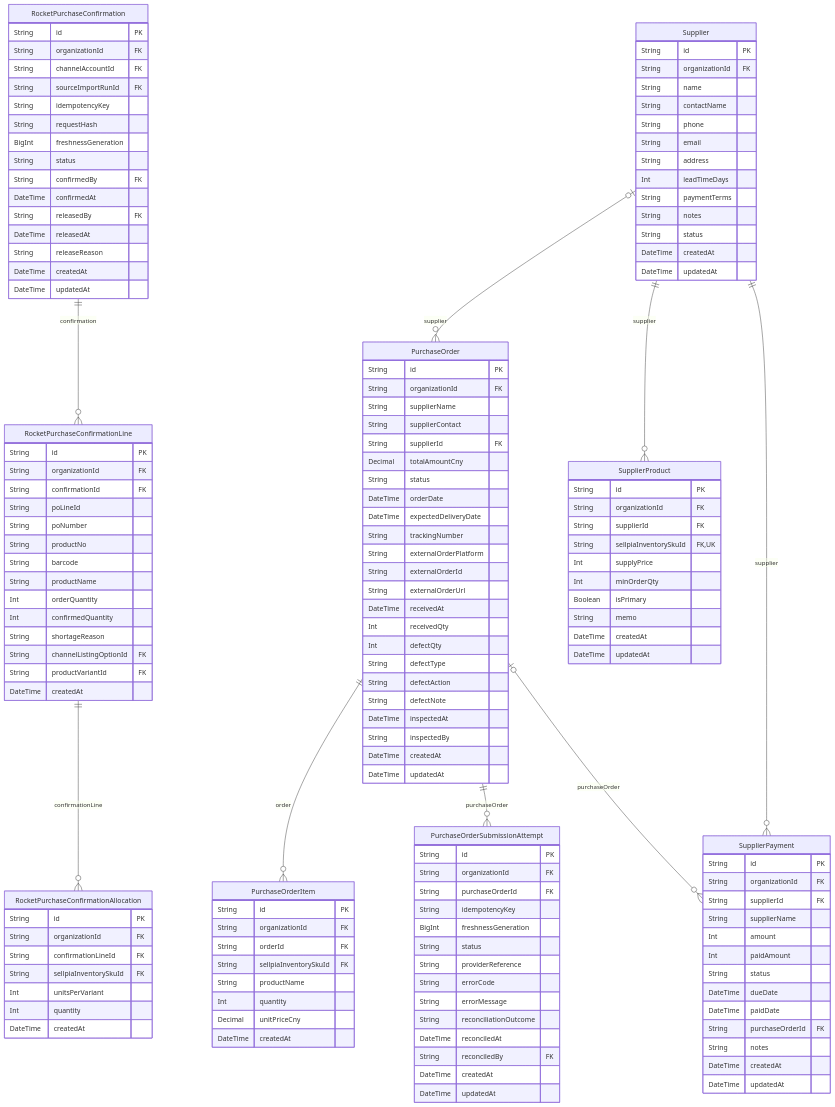
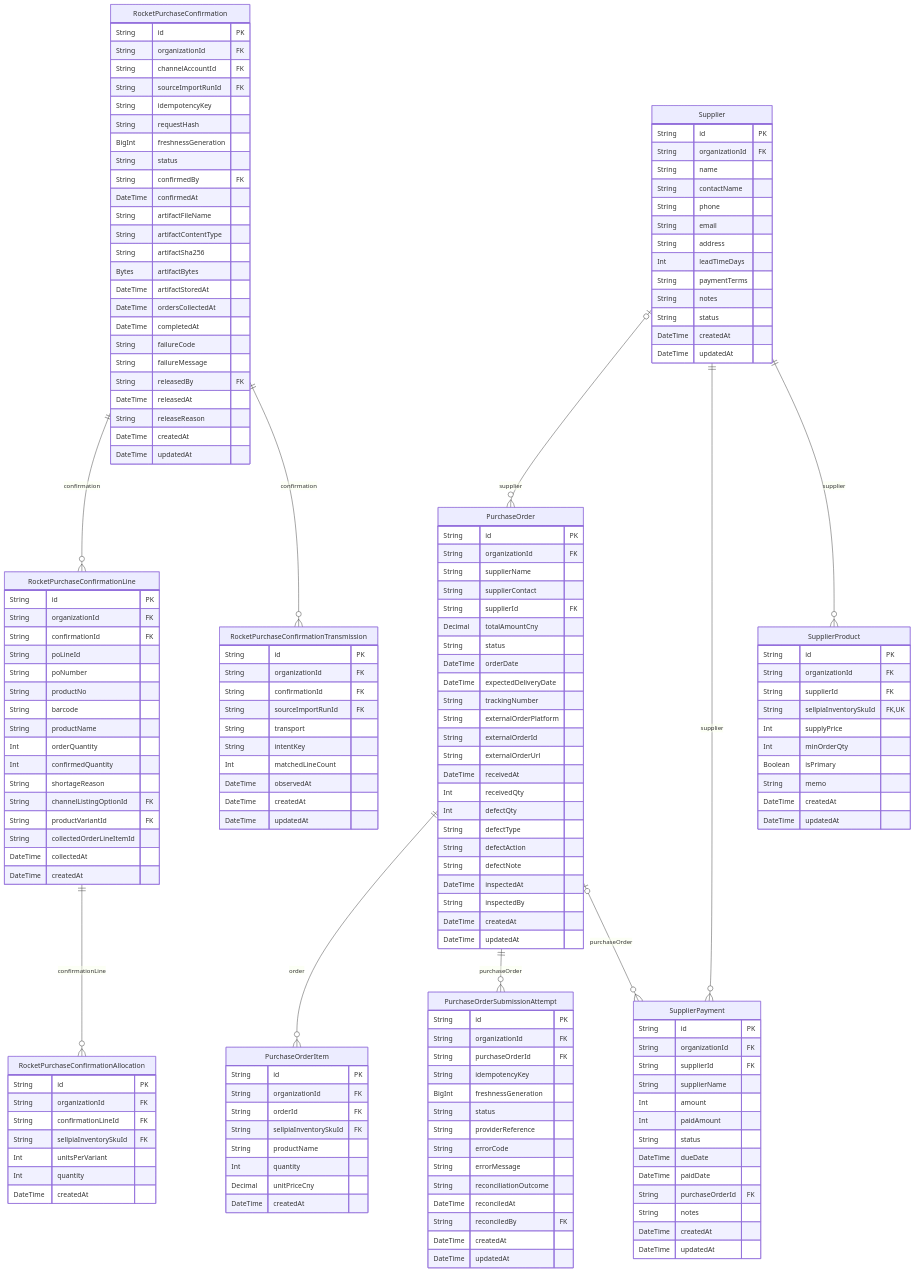
One commit to AgentFoundry-Labs/kiditem changed the diagram in docs/erd/supply.md. Above: the diagram before and after it, drawn with Mermaid. The commit also changed other lines of this file and 15 other files, not shown here.

```diff
--- a/docs/erd/supply.md
+++ b/docs/erd/supply.md
@@ -85,6 +86,15 @@
     String status
     String confirmedBy FK
     DateTime confirmedAt
+    String artifactFileName
+    String artifactContentType
+    String artifactSha256
+    Bytes artifactBytes
+    DateTime artifactStoredAt
+    DateTime ordersCollectedAt
+    DateTime completedAt
+    String failureCode
+    String failureMessage
     String releasedBy FK
     DateTime releasedAt
     String releaseReason
@@ -114,7 +124,21 @@
     String shortageReason
     String channelListingOptionId FK
     String productVariantId FK
+    String collectedOrderLineItemId
+    DateTime collectedAt
     DateTime createdAt
+  }
+  RocketPurchaseConfirmationTransmission {
+    String id PK
+    String organizationId FK
+    String confirmationId FK
+    String sourceImportRunId FK
+    String transport
+    String intentKey
+    Int matchedLineCount
+    DateTime observedAt
+    DateTime createdAt
+    DateTime updatedAt
   }
   Supplier {
     String id PK
@@ -162,6 +186,7 @@
   PurchaseOrder ||--o{ PurchaseOrderSubmissionAttempt : "purchaseOrder"
   PurchaseOrder o|--o{ SupplierPayment : "purchaseOrder"
   RocketPurchaseConfirmation ||--o{ RocketPurchaseConfirmationLine : "confirmation"
+  RocketPurchaseConfirmation ||--o{ RocketPurchaseConfirmationTransmission : "confirmation"
   RocketPurchaseConfirmationLine ||--o{ RocketPurchaseConfirmationAllocation : "confirmationLine"
   Supplier o|--o{ PurchaseOrder : "supplier"
   Supplier ||--o{ SupplierPayment : "supplier"
```
